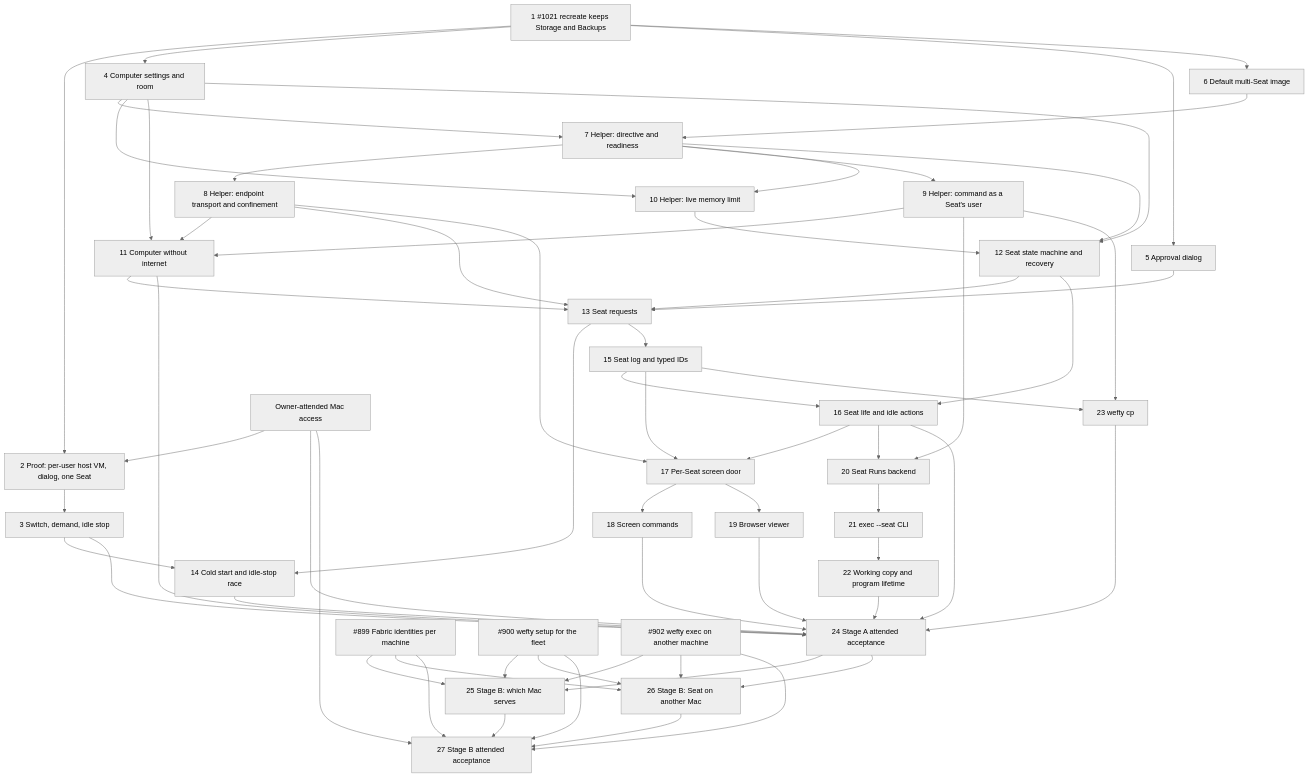
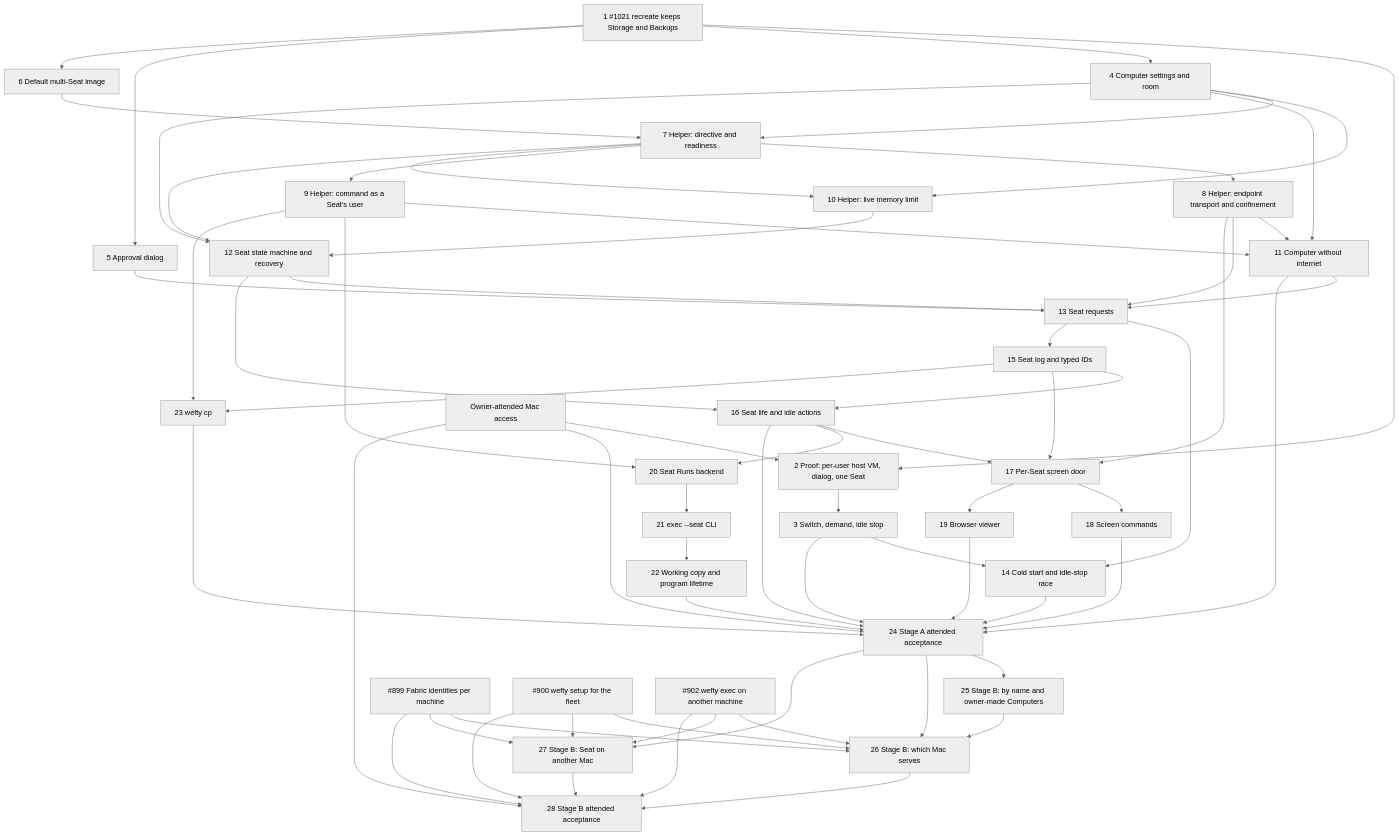
Before and after one commit to Derek-X-Wang/wefty: the diagram in docs/specs/2026-10-21-computer-request-wave.md, drawn with Mermaid (neutral theme). The commit also changed other lines of this file and 1 other file, not shown here.

First line of the commit message:
docs(spec): move by-name requests to stage B (#1019)

````diff
--- a/docs/specs/2026-10-21-computer-request-wave.md
+++ b/docs/specs/2026-10-21-computer-request-wave.md
@@ -63,64 +64,66 @@
 ```mermaid
 flowchart TD
   T01["1 #1021 recreate keeps Storage and Backups"] --> T02[2 Proof: per-user host VM, dialog, one Seat]
   T02 --> T03[3 Switch, demand, idle stop]
   T01 --> T04[4 Computer settings and room]
   T01 --> T05[5 Approval dialog]
   T01 --> T06[6 Default multi-Seat image]
   T04 --> T07[7 Helper: directive and readiness]
   T06 --> T07
   T07 --> T08[8 Helper: endpoint transport and confinement]
   T07 --> T09[9 Helper: command as a Seat's user]
   T04 --> T10[10 Helper: live memory limit]
   T07 --> T10
   T04 --> T11[11 Computer without internet]
   T08 --> T11
   T09 --> T11
   T04 --> T12[12 Seat state machine and recovery]
   T07 --> T12
   T10 --> T12
   T05 --> T13[13 Seat requests]
   T08 --> T13
   T11 --> T13
   T12 --> T13
   T03 --> T14[14 Cold start and idle-stop race]
   T13 --> T14
   T13 --> T15[15 Seat log and typed IDs]
   T12 --> T16[16 Seat life and idle actions]
   T15 --> T16
   T08 --> T17[17 Per-Seat screen door]
   T15 --> T17
   T16 --> T17
   T17 --> T18[18 Screen commands]
   T17 --> T19[19 Browser viewer]
   T09 --> T20[20 Seat Runs backend]
   T16 --> T20
   T20 --> T21[21 exec --seat CLI]
   T21 --> T22[22 Working copy and program lifetime]
   T09 --> T23[23 wefty cp]
   T15 --> T23
   T03 --> T24[24 Stage A attended acceptance]
   T11 --> T24
   T14 --> T24
   T16 --> T24
   T18 --> T24
   T19 --> T24
   T22 --> T24
   T23 --> T24
   OwnerMac["Owner-attended Mac access"] --> T02
   OwnerMac --> T24
-  F899["#899 Fabric identities per machine"] --> T25[25 Stage B: which Mac serves]
-  F900["#900 wefty setup for the fleet"] --> T25
-  F902["#902 wefty exec on another machine"] --> T25
-  T24 --> T25
-  F899 --> T26[26 Stage B: Seat on another Mac]
-  F900 --> T26
-  F902 --> T26
+  T24 --> T25[25 Stage B: by name and owner-made Computers]
+  F899["#899 Fabric identities per machine"] --> T26[26 Stage B: which Mac serves]
+  F900["#900 wefty setup for the fleet"] --> T26
+  F902["#902 wefty exec on another machine"] --> T26
   T24 --> T26
-  T25 --> T27[27 Stage B attended acceptance]
-  T26 --> T27
-  F899 --> T27
+  T25 --> T26
+  F899 --> T27[27 Stage B: Seat on another Mac]
   F900 --> T27
   F902 --> T27
-  OwnerMac --> T27
+  T24 --> T27
+  T26 --> T28[28 Stage B attended acceptance]
+  T27 --> T28
+  F899 --> T28
+  F900 --> T28
+  F902 --> T28
+  OwnerMac --> T28
 ```
````
